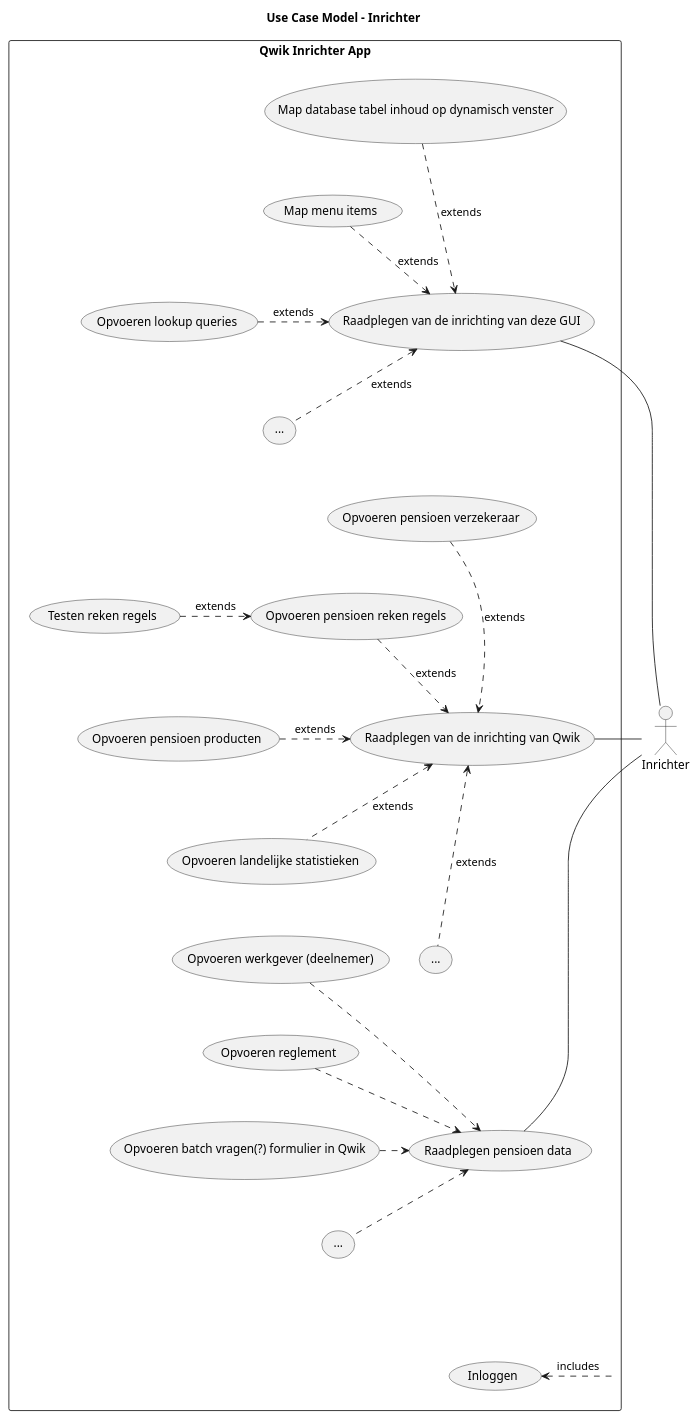
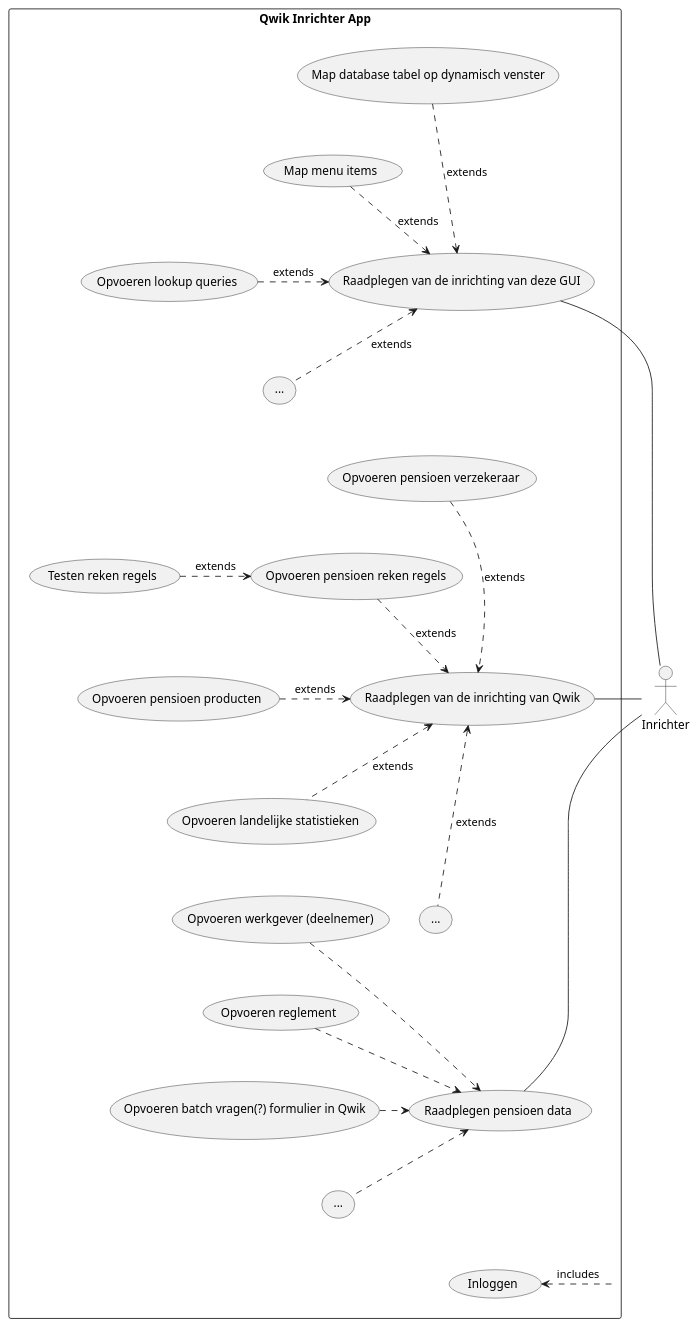
The diagram in src/main/asciidoc/diagrams/use-case-model.puml (nielsdB97/test-deploy-jar), drawn with PlantUML before and after one commit. The commit also changed 4 other files, not shown here.

```diff
--- a/src/main/asciidoc/diagrams/use-case-model.puml
+++ b/src/main/asciidoc/diagrams/use-case-model.puml
@@ -1,68 +1,66 @@
 @startuml
-title Use Case Model - Inrichter
-
 actor Inrichter as User
 
 rectangle "Qwik Inrichter App" as App {
     usecase "Raadplegen van de inrichting van deze GUI" as Kern
-        usecase "Map database tabel inhoud op dynamisch venster" as MDV
+        usecase "Map database tabel op dynamisch venster" as MDV
         usecase "Map menu items" as MMI
         usecase "Opvoeren lookup queries" as QRY
         usecase "..." as KETC
     usecase "Raadplegen van de inrichting van Qwik" as Inrichting
         usecase "Opvoeren pensioen verzekeraar" as ORG 
         usecase "Opvoeren pensioen reken regels" as PRR
             usecase "Testen reken regels" as TRR
         usecase "Opvoeren pensioen producten" as PRO
         usecase "Opvoeren landelijke statistieken" as STAT
         usecase "..." as IETC
     usecase "Raadplegen pensioen data" as Data
         usecase "Opvoeren werkgever (deelnemer)" as WG
         usecase "Opvoeren reglement" as REG
         usecase "Opvoeren batch vragen(?) formulier in Qwik" as FORM
         usecase "..." as DETC
     usecase "Inloggen" as AUTH
 
 }
 
 
 User -right- Kern
     MDV .down.> Kern: extends
     MMI .> Kern: extends
     QRY .> Kern: extends
     KETC .up.> Kern: extends
 User ----right---- Inrichting
     ORG .down.> Inrichting: extends
     PRR .down.> Inrichting: extends
         TRR .> PRR: extends
     PRO .> Inrichting: extends
     STAT .up.> Inrichting: extends
     IETC .up.> Inrichting: extends
 User -right- Data
     WG .down.> Data
     REG .right.> Data
     FORM .> Data
     DETC .up.> Data
 
 App .left.> AUTH: includes
 
 'Forceer positionering
 User -[hidden]left- App
 Kern ---[hidden]down-- Inrichting
     MDV -[hidden]- MMI
     MMI -[hidden]- QRY
     QRY -[hidden]- KETC
 Inrichting ---[hidden]down-- Data
     ORG -[hidden]- PRR
     PRR -[hidden]- PRO
     PRO -[hidden]- STAT
     STAT -[hidden]- IETC
-Data --[hidden]down-- AUTH
+Data --[hidden]down- AUTH
     WG -[hidden]- REG
     REG -[hidden]- FORM
     FORM -[hidden]- DETC
 '/Forceerd positionering
 
 
 
 @enduml
```
